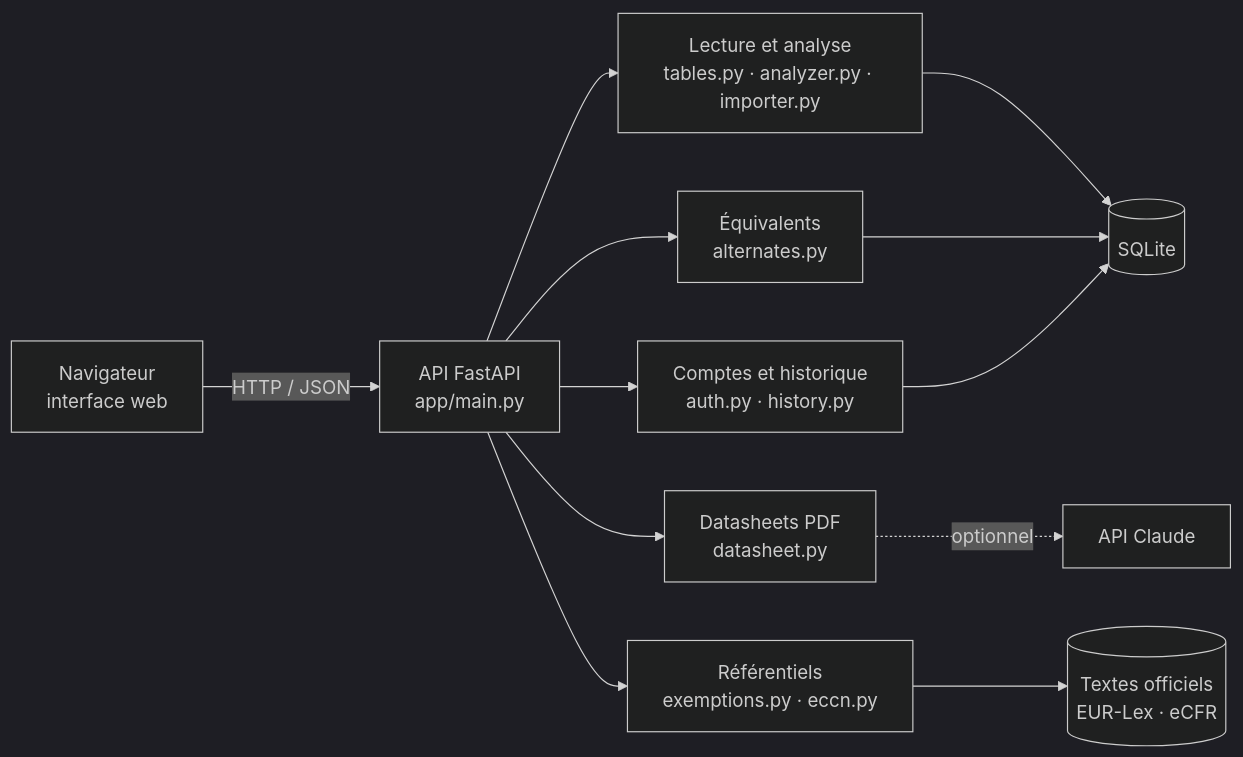
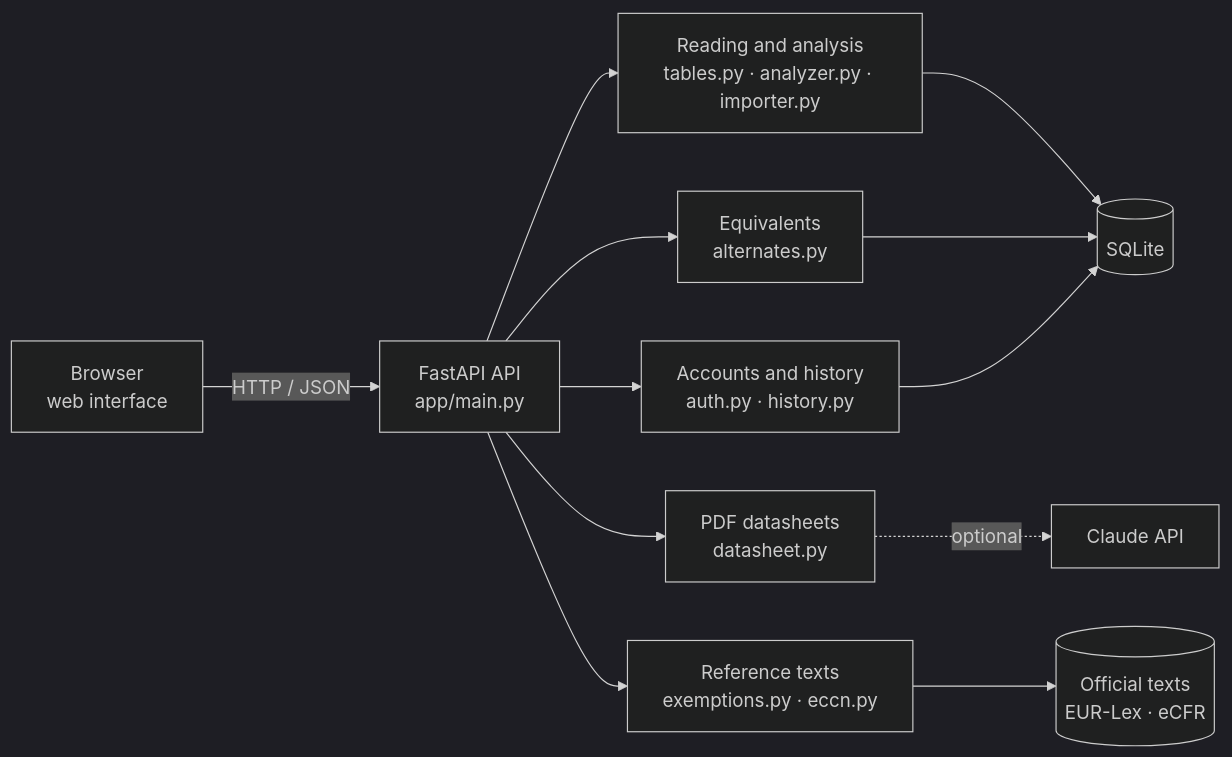
Before and after one commit to ElliotGalaor/ElectronicEnvironmental: the diagram in README.md, drawn with Mermaid (dark theme). The commit also changed other lines of this file and 51 other files, not shown here.

````diff
--- a/README.md
+++ b/README.md
@@ -86,14 +86,14 @@
 ```mermaid
 flowchart LR
-    U["Navigateur<br/>interface web"] -->|"HTTP / JSON"| API["API FastAPI<br/>app/main.py"]
-    API --> AN["Lecture et analyse<br/>tables.py · analyzer.py · importer.py"]
-    API --> ALT["Équivalents<br/>alternates.py"]
-    API --> DS["Datasheets PDF<br/>datasheet.py"]
-    API --> REF["Référentiels<br/>exemptions.py · eccn.py"]
-    API --> ACC["Comptes et historique<br/>auth.py · history.py"]
+    U["Browser<br/>web interface"] -->|"HTTP / JSON"| API["FastAPI API<br/>app/main.py"]
+    API --> AN["Reading and analysis<br/>tables.py · analyzer.py · importer.py"]
+    API --> ALT["Equivalents<br/>alternates.py"]
+    API --> DS["PDF datasheets<br/>datasheet.py"]
+    API --> REF["Reference texts<br/>exemptions.py · eccn.py"]
+    API --> ACC["Accounts and history<br/>auth.py · history.py"]
     AN --> DB[("SQLite")]
     ALT --> DB
     ACC --> DB
-    REF --> TXT[("Textes officiels<br/>EUR-Lex · eCFR")]
-    DS -. "optionnel" .-> CL["API Claude"]
+    REF --> TXT[("Official texts<br/>EUR-Lex · eCFR")]
+    DS -. "optional" .-> CL["Claude API"]
 ```
````
